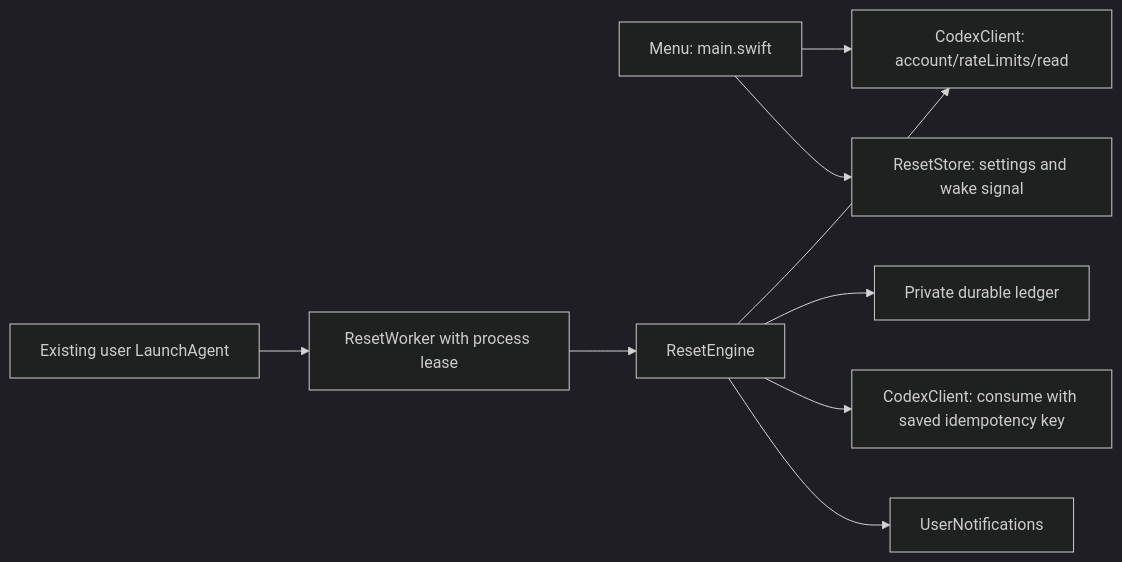
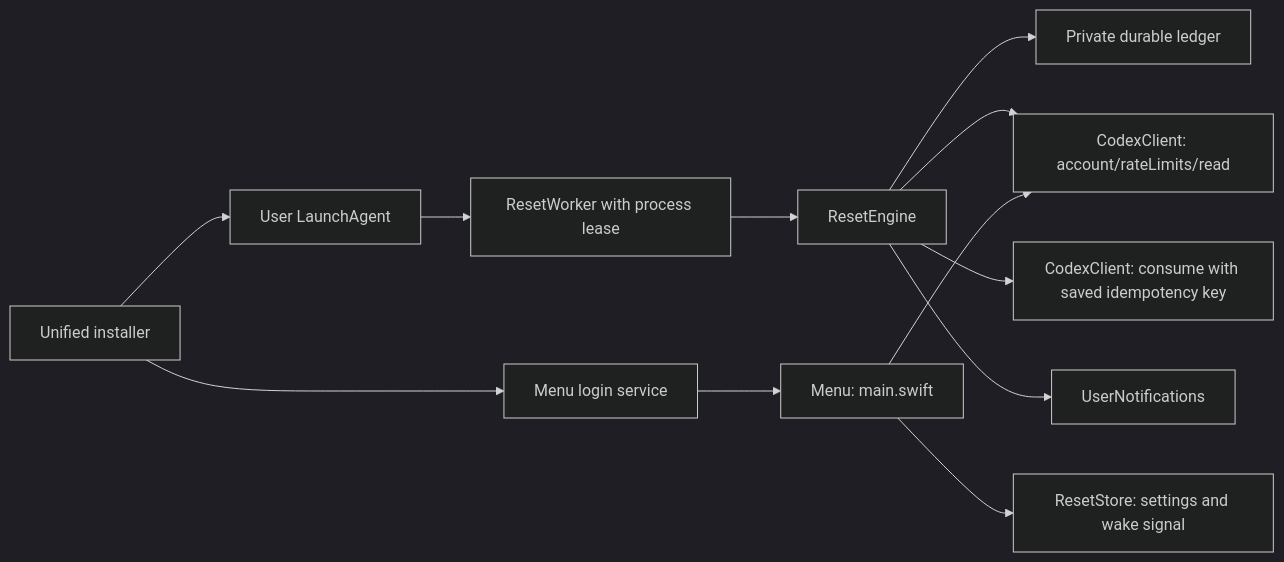
The diagram in Docs/ARCHITECTURE.md (yulepapa/codex-usage-menubar), drawn with Mermaid (dark theme) before and after one commit. The commit also changed other lines of this file and 13 other files, not shown here.

Commit message:
Unify menu and reset worker installation lifecycle

````diff
--- a/Docs/ARCHITECTURE.md
+++ b/Docs/ARCHITECTURE.md
@@ -3,11 +3,14 @@
 ```mermaid
 flowchart LR
     UI[Menu: main.swift] --> Read[CodexClient: account/rateLimits/read]
     UI --> Settings[ResetStore: settings and wake signal]
-    Launch[Existing user LaunchAgent] --> Worker[ResetWorker with process lease]
+    Install[Unified installer] --> Launch[User LaunchAgent]
+    Install --> MenuLaunch[Menu login service]
+    MenuLaunch --> UI
+    Launch --> Worker[ResetWorker with process lease]
     Worker --> Engine[ResetEngine]
     Engine --> Read
     Engine --> Ledger[Private durable ledger]
     Engine --> Consume[CodexClient: consume with saved idempotency key]
     Engine --> Notify[UserNotifications]
 ```
````
